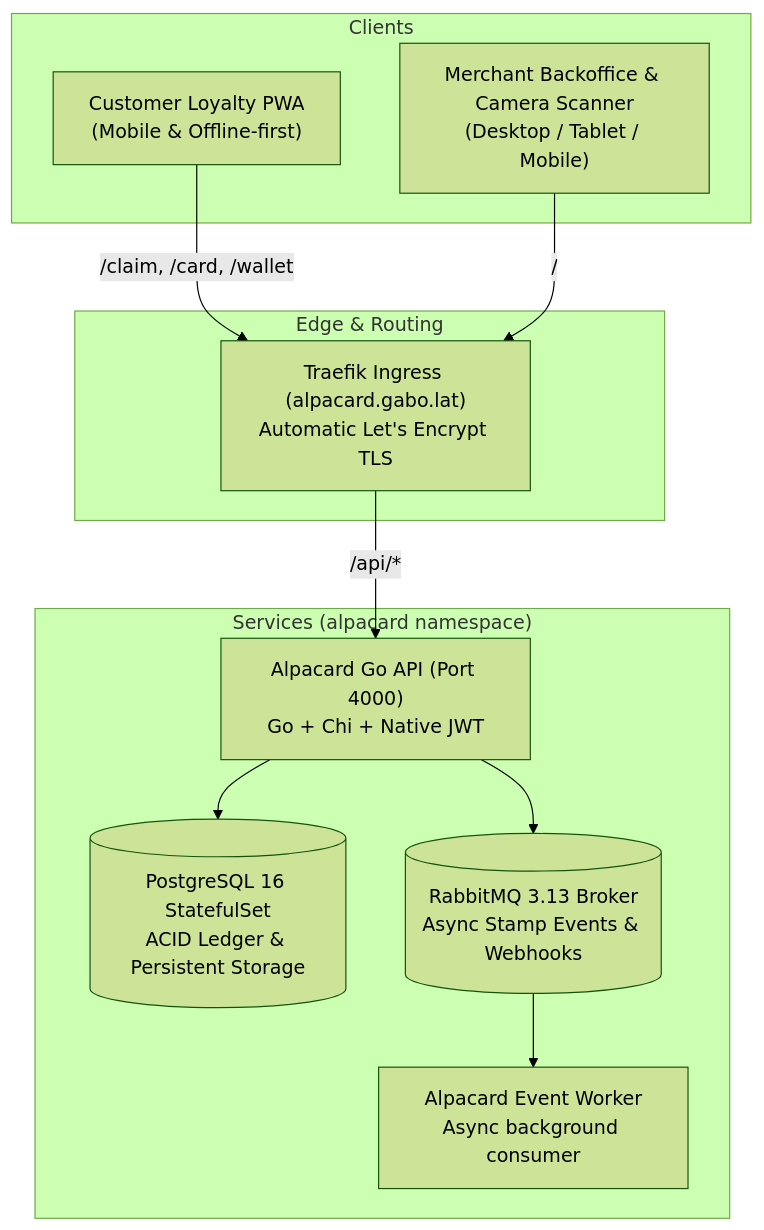
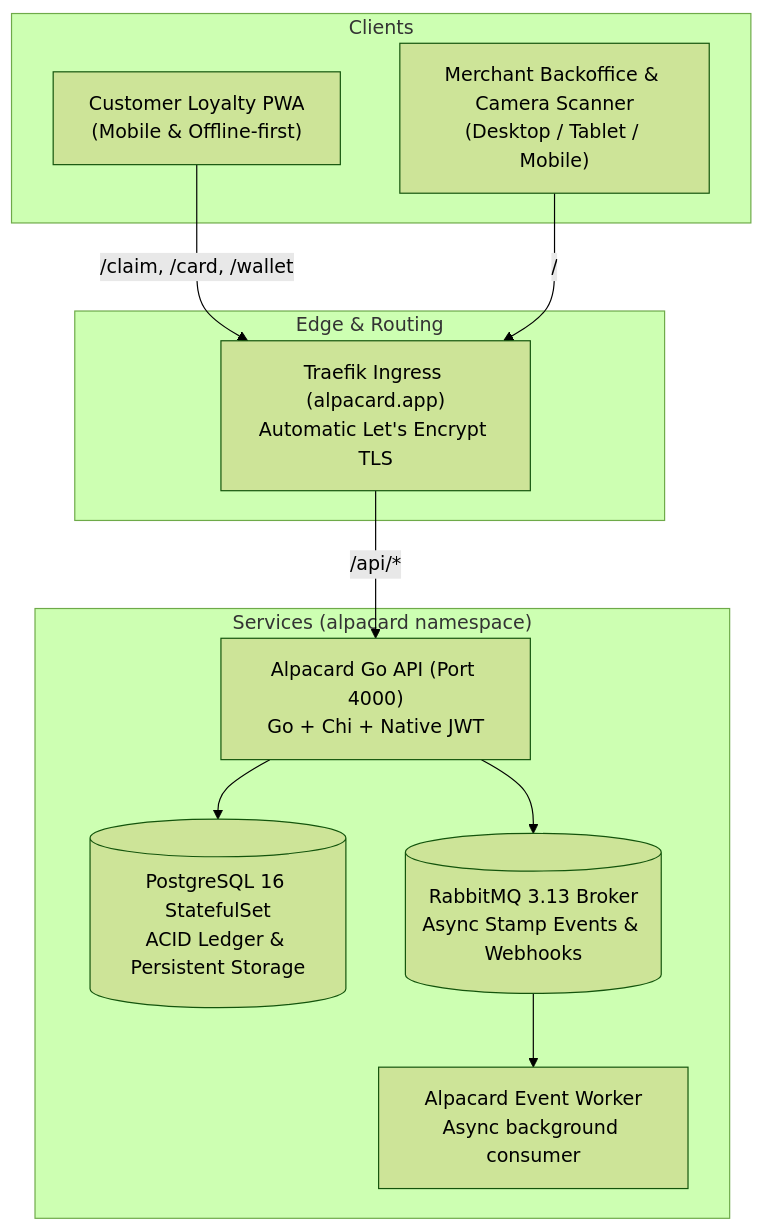
The diagram in README.md (Gabmetal/alpacard-web), drawn with Mermaid (forest theme) before and after one commit. The commit also changed other lines of this file and 25 other files, not shown here.

First line of the commit message:
feat(infra): migrate primary production domain to alpacard.app

````diff
--- a/README.md
+++ b/README.md
@@ -72,25 +72,25 @@
 ```mermaid
 flowchart TD
     subgraph Clients["Clients"]
         CustomerWallet["Customer Loyalty PWA<br/>(Mobile & Offline-first)"]
         MerchantWeb["Merchant Backoffice & Camera Scanner<br/>(Desktop / Tablet / Mobile)"]
     end
 
     subgraph Ingress["Edge & Routing"]
-        Traefik["Traefik Ingress (alpacard.gabo.lat)<br/>Automatic Let's Encrypt TLS"]
+        Traefik["Traefik Ingress (alpacard.app)<br/>Automatic Let's Encrypt TLS"]
     end
 
     subgraph Services["Services (alpacard namespace)"]
         GoAPI["Alpacard Go API (Port 4000)<br/>Go + Chi + Native JWT"]
         Postgres[("PostgreSQL 16 StatefulSet<br/>ACID Ledger & Persistent Storage")]
         RabbitMQ[("RabbitMQ 3.13 Broker<br/>Async Stamp Events & Webhooks")]
         GoWorker["Alpacard Event Worker<br/>Async background consumer"]
     end
 
     CustomerWallet -->|/claim, /card, /wallet| Traefik
     MerchantWeb -->|/| Traefik
     Traefik -->|/api/*| GoAPI
     GoAPI --> Postgres
     GoAPI --> RabbitMQ
     RabbitMQ --> GoWorker
 ```
````
